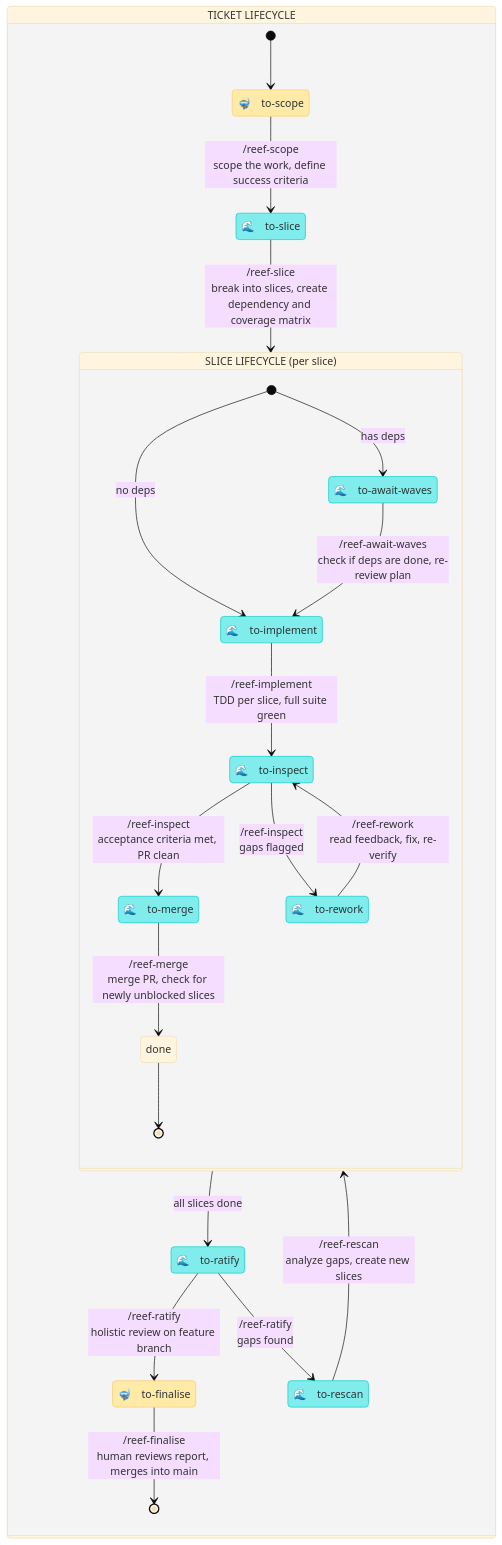
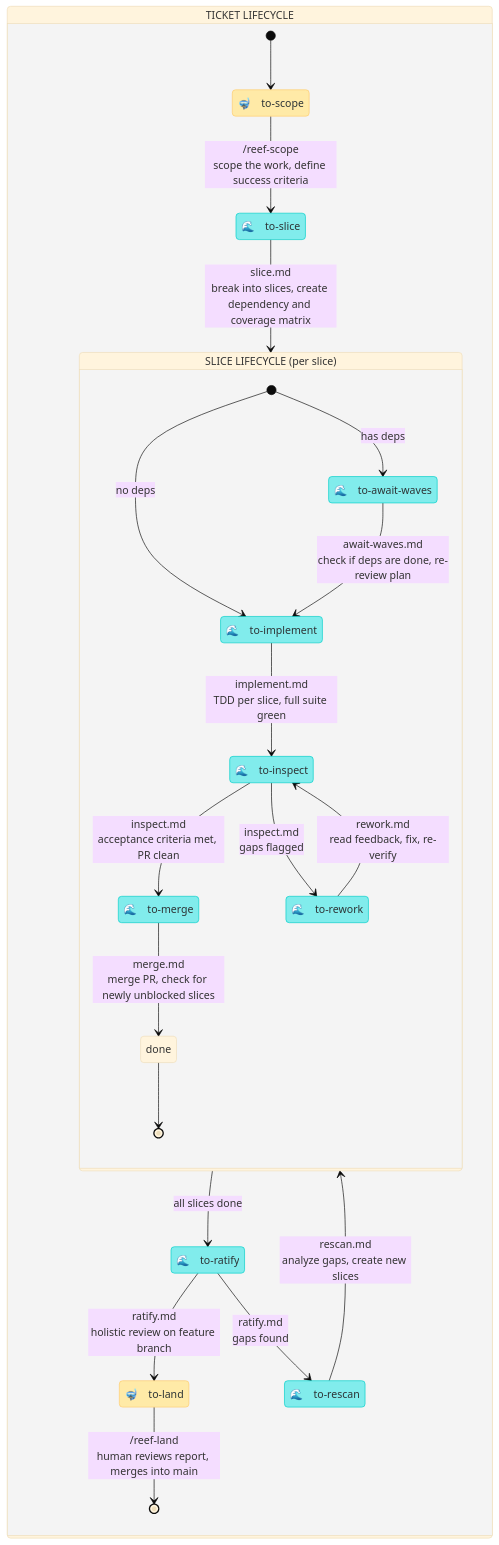
The diagram in README.md (mesqueeb/moonjelly-reef), drawn with Mermaid (base theme) before and after one commit. The commit also changed other lines of this file and 13 other files, not shown here.

First line of the commit message:
refactor: consolidate reef skills under reef-pulse, rename reef-finalise to reef-land

````diff
--- a/README.md
+++ b/README.md
@@ -30,48 +30,48 @@
 ```mermaid
 stateDiagram-v2
     direction TB
 
     classDef human fill:#ffeaa7,stroke:#fdcb6e,color:#2d3436
     classDef agent fill:#81ecec,stroke:#00cec9,color:#2d3436
 
     state "TICKET LIFECYCLE" as work {
 
         state "🤿　to-scope" as to_scope
         state "🌊　to-slice" as to_slice
         state "🌊　to-ratify" as to_ratify
         state "🌊　to-rescan" as gaps_to_rescan
-        state "🤿　to-finalise" as to_finalise
+        state "🤿　to-land" as to_land
 
         [*] --> to_scope
         to_scope --> to_slice : /reef-scope<br />scope the work, define success criteria
-        to_slice --> slice_lifecycle : /reef-slice<br />break into slices, create dependency and coverage matrix
+        to_slice --> slice_lifecycle : slice.md<br />break into slices, create dependency and coverage matrix
         slice_lifecycle --> to_ratify : all slices done
-        to_ratify --> to_finalise : /reef-ratify<br />holistic review on feature branch
-        to_ratify --> gaps_to_rescan : /reef-ratify<br />gaps found
-        gaps_to_rescan --> slice_lifecycle : /reef-rescan<br />analyze gaps, create new slices
-        to_finalise --> [*] : /reef-finalise<br />human reviews report, merges into main
+        to_ratify --> to_land : ratify.md<br />holistic review on feature branch
+        to_ratify --> gaps_to_rescan : ratify.md<br />gaps found
+        gaps_to_rescan --> slice_lifecycle : rescan.md<br />analyze gaps, create new slices
+        to_land --> [*] : /reef-land<br />human reviews report, merges into main
     }
 
     state "SLICE LIFECYCLE (per slice)" as slice_lifecycle {
 
         state "🌊　to-await-waves" as to_await
         state "🌊　to-implement" as to_implement
         state "🌊　to-inspect" as to_inspect
         state "🌊　to-rework" as needs_rework
         state "🌊　to-merge" as to_merge
         state "done" as slice_done
 
         [*] --> to_implement : no deps
         [*] --> to_await : has deps
-        to_await --> to_implement : /reef-await-waves<br />check if deps are done, re-review plan
-        to_implement --> to_inspect : /reef-implement<br />TDD per slice, full suite green
-        to_inspect --> to_merge : /reef-inspect<br />acceptance criteria met, PR clean
-        to_inspect --> needs_rework : /reef-inspect<br />gaps flagged
-        needs_rework --> to_inspect : /reef-rework<br />read feedback, fix, re-verify
-        to_merge --> slice_done : /reef-merge<br />merge PR, check for newly unblocked slices
+        to_await --> to_implement : await-waves.md<br />check if deps are done, re-review plan
+        to_implement --> to_inspect : implement.md<br />TDD per slice, full suite green
+        to_inspect --> to_merge : inspect.md<br />acceptance criteria met, PR clean
+        to_inspect --> needs_rework : inspect.md<br />gaps flagged
+        needs_rework --> to_inspect : rework.md<br />read feedback, fix, re-verify
+        to_merge --> slice_done : merge.md<br />merge PR, check for newly unblocked slices
         slice_done --> [*]
     }
 
-    class to_scope,to_finalise human
+    class to_scope,to_land human
     class to_slice,to_ratify,gaps_to_rescan,to_await,to_implement,to_inspect,needs_rework,to_merge agent
 ```
````
